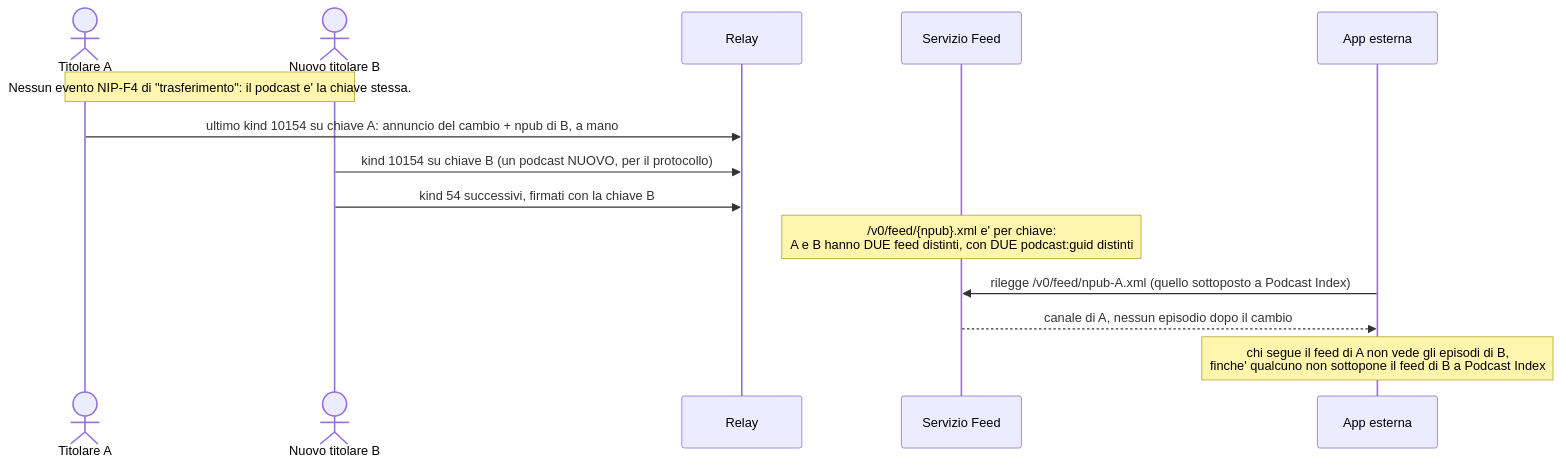
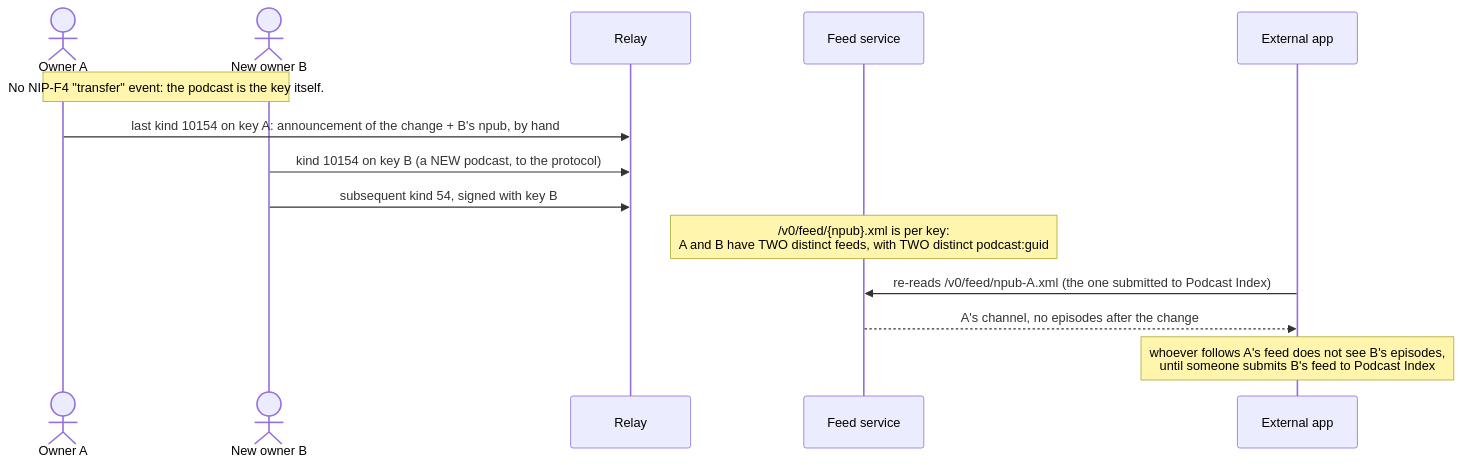
Before and after one commit to Tbc159/NostrMediaClient: the sixth of 6 diagrams in docs/PODCAST.md, drawn with Mermaid. The commit also changed other lines of this file and 8 other files, not shown here.

````diff
--- a/docs/PODCAST.md
+++ b/docs/PODCAST.md
@@ -303,17 +305,17 @@
 ```mermaid
 sequenceDiagram
-    actor Vecchio as Titolare A
-    actor Nuovo as Nuovo titolare B
+    actor Old as Owner A
+    actor New as New owner B
     participant Relay
-    participant ServizioFeed as Servizio Feed
-    participant Fountain as App esterna
+    participant FeedService as Feed service
+    participant Fountain as External app
 
-    Note over Vecchio,Nuovo: Nessun evento NIP-F4 di "trasferimento": il podcast e' la chiave stessa.
-    Vecchio->>Relay: ultimo kind 10154 su chiave A: annuncio del cambio + npub di B, a mano
-    Nuovo->>Relay: kind 10154 su chiave B (un podcast NUOVO, per il protocollo)
-    Nuovo->>Relay: kind 54 successivi, firmati con la chiave B
-    Note over ServizioFeed: /v0/feed/{npub}.xml e' per chiave:<br/>A e B hanno DUE feed distinti, con DUE podcast:guid distinti
-    Fountain->>ServizioFeed: rilegge /v0/feed/npub-A.xml (quello sottoposto a Podcast Index)
-    ServizioFeed-->>Fountain: canale di A, nessun episodio dopo il cambio
-    Note over Fountain: chi segue il feed di A non vede gli episodi di B,<br/>finche' qualcuno non sottopone il feed di B a Podcast Index
+    Note over Old,New: No NIP-F4 "transfer" event: the podcast is the key itself.
+    Old->>Relay: last kind 10154 on key A: announcement of the change + B's npub, by hand
+    New->>Relay: kind 10154 on key B (a NEW podcast, to the protocol)
+    New->>Relay: subsequent kind 54, signed with key B
+    Note over FeedService: /v0/feed/{npub}.xml is per key:<br/>A and B have TWO distinct feeds, with TWO distinct podcast:guid
+    Fountain->>FeedService: re-reads /v0/feed/npub-A.xml (the one submitted to Podcast Index)
+    FeedService-->>Fountain: A's channel, no episodes after the change
+    Note over Fountain: whoever follows A's feed does not see B's episodes,<br/>until someone submits B's feed to Podcast Index
 ```
````
